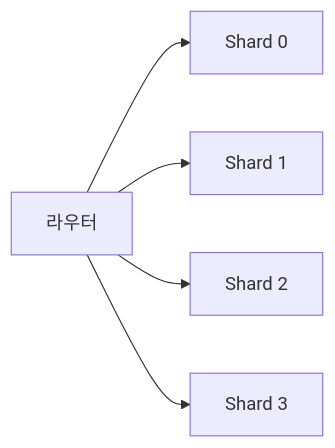
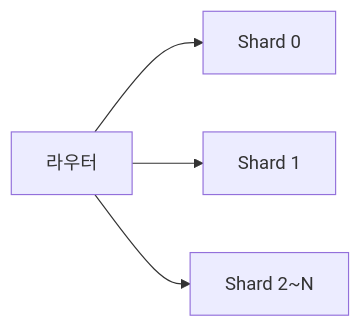
One commit to yjkim2015/yjkim2015.github.io changed the third of 13 diagrams in _posts/db/2026-05-01-db-sharding.md. Above: the diagram before and after it, drawn with Mermaid. The commit also changed other lines of this file and 163 other files, not shown here.

First line of the commit message:
Mermaid 300개 블록 내용 축소: 5노드 5엣지 이하, 의미 있는 약어

````diff
--- a/_posts/db/2026-05-01-db-sharding.md
+++ b/_posts/db/2026-05-01-db-sharding.md
@@ -77,7 +73,6 @@
 ```mermaid
 graph LR
     R["라우터"] --> SH0["Shard 0"]
     R --> SH1["Shard 1"]
-    R --> SH2["Shard 2"]
-    R --> SH3["Shard 3"]
+    R --> SH2["Shard 2~N"]
 ```
````
